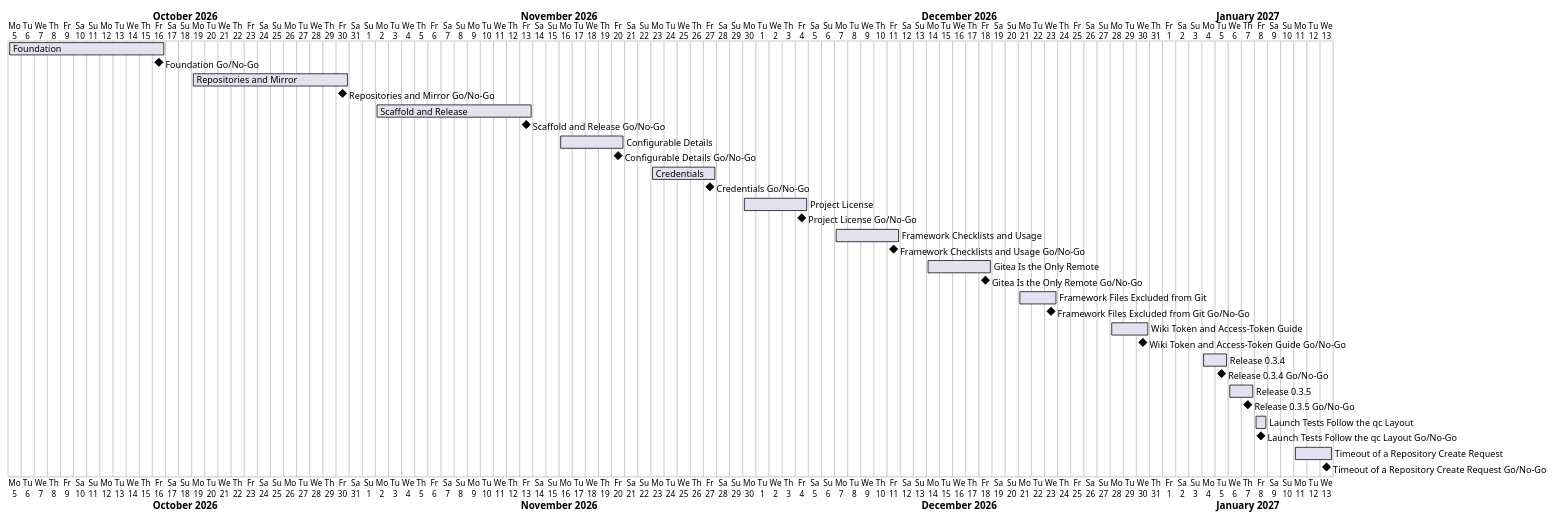
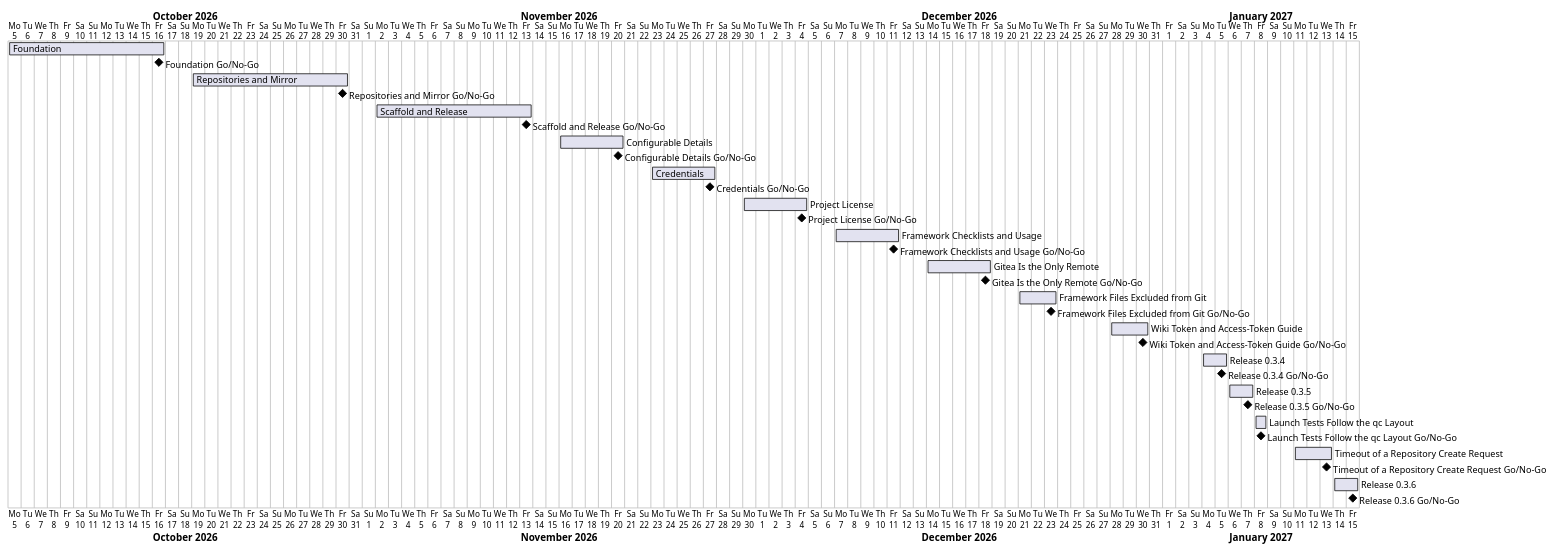
The diagram in docs/project-plan.md (TirSystem-BashScript/RepoFoundry), drawn with PlantUML before and after one commit. The commit also changed other lines of this file and 10 other files, not shown here.

````diff
--- a/docs/project-plan.md
+++ b/docs/project-plan.md
@@ -47,33 +48,35 @@
 ```plantuml
 @startgantt
 Project starts 2026-10-05
 [Foundation] starts 2026-10-05 and ends 2026-10-16
 [Foundation Go/No-Go] happens 2026-10-16
 [Repositories and Mirror] starts 2026-10-19 and ends 2026-10-30
 [Repositories and Mirror Go/No-Go] happens 2026-10-30
 [Scaffold and Release] starts 2026-11-02 and ends 2026-11-13
 [Scaffold and Release Go/No-Go] happens 2026-11-13
 [Configurable Details] starts 2026-11-16 and ends 2026-11-20
 [Configurable Details Go/No-Go] happens 2026-11-20
 [Credentials] starts 2026-11-23 and ends 2026-11-27
 [Credentials Go/No-Go] happens 2026-11-27
 [Project License] starts 2026-11-30 and ends 2026-12-04
 [Project License Go/No-Go] happens 2026-12-04
 [Framework Checklists and Usage] starts 2026-12-07 and ends 2026-12-11
 [Framework Checklists and Usage Go/No-Go] happens 2026-12-11
 [Gitea Is the Only Remote] starts 2026-12-14 and ends 2026-12-18
 [Gitea Is the Only Remote Go/No-Go] happens 2026-12-18
 [Framework Files Excluded from Git] starts 2026-12-21 and ends 2026-12-23
 [Framework Files Excluded from Git Go/No-Go] happens 2026-12-23
 [Wiki Token and Access-Token Guide] starts 2026-12-28 and ends 2026-12-30
 [Wiki Token and Access-Token Guide Go/No-Go] happens 2026-12-30
 [Release 0.3.4] starts 2027-01-04 and ends 2027-01-05
 [Release 0.3.4 Go/No-Go] happens 2027-01-05
 [Release 0.3.5] starts 2027-01-06 and ends 2027-01-07
 [Release 0.3.5 Go/No-Go] happens 2027-01-07
 [Launch Tests Follow the qc Layout] starts 2027-01-08 and ends 2027-01-08
 [Launch Tests Follow the qc Layout Go/No-Go] happens 2027-01-08
 [Timeout of a Repository Create Request] starts 2027-01-11 and ends 2027-01-13
 [Timeout of a Repository Create Request Go/No-Go] happens 2027-01-13
+[Release 0.3.6] starts 2027-01-14 and ends 2027-01-15
+[Release 0.3.6 Go/No-Go] happens 2027-01-15
 @endgantt
 ```
````
